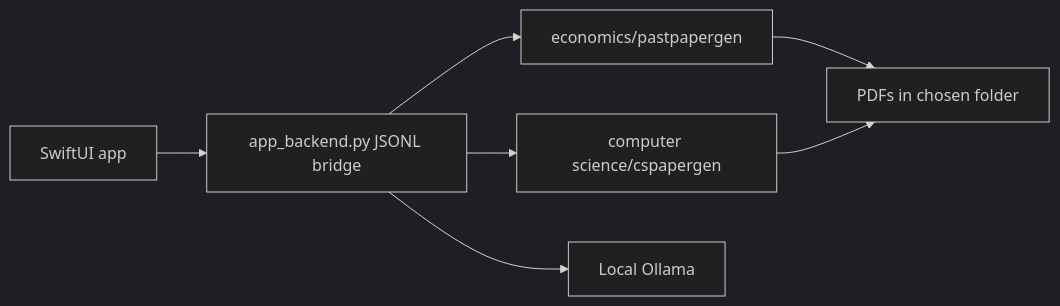
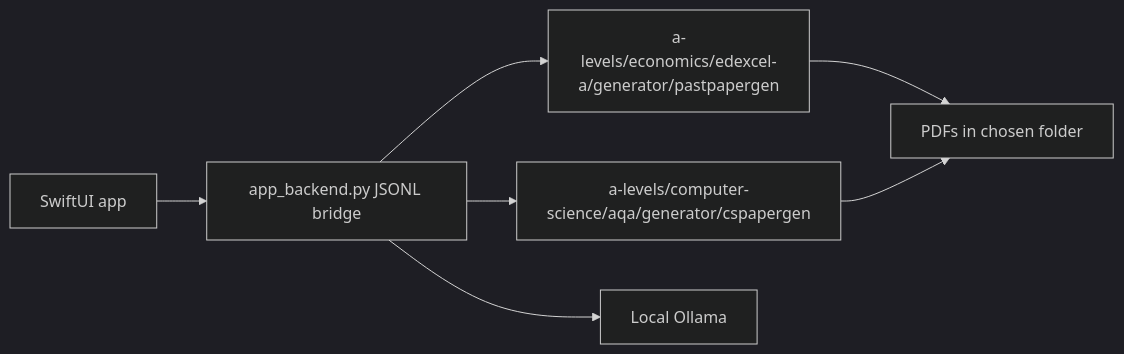
One commit to james8464/Past-paper-generation changed the diagram in mac app/README.md. Above: the diagram before and after it, drawn with Mermaid (dark theme). The commit also changed 212 other files, not shown here.

````diff
--- a/mac app/README.md
+++ b/mac app/README.md
@@ -19,9 +19,9 @@
 ```mermaid
 flowchart LR
   SwiftUI["SwiftUI app"] --> Backend["app_backend.py JSONL bridge"]
-  Backend --> Econ["economics/pastpapergen"]
-  Backend --> CS["computer science/cspapergen"]
+  Backend --> Econ["a-levels/economics/edexcel-a/generator/pastpapergen"]
+  Backend --> CS["a-levels/computer-science/aqa/generator/cspapergen"]
   Backend --> Ollama["Local Ollama"]
   Econ --> PDFs["PDFs in chosen folder"]
   CS --> PDFs
 ```
````
